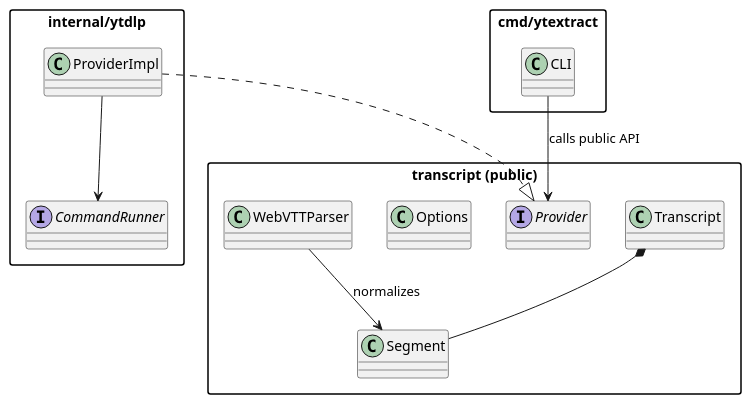
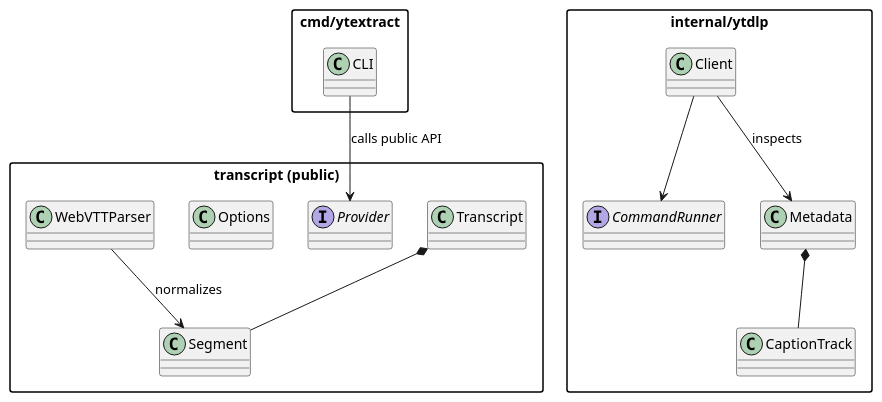
One commit to mpsanders/voxscripta changed the diagram in docs/uml/packages.puml. Above: the diagram before and after it, drawn with PlantUML. The commit also changed 12 other files, not shown here.

Commit message:
feat: implement yt-dlp client and metadata handling, add selection logic and tests

```diff
--- a/docs/uml/packages.puml
+++ b/docs/uml/packages.puml
@@ -1,26 +1,29 @@
 @startuml
 skinparam packageStyle rectangle
 
 package "transcript (public)" {
   class Transcript
   class Segment
   interface Provider
   class Options
   class WebVTTParser
 }
 
 package "internal/ytdlp" {
-  class ProviderImpl
+  class Client
   interface CommandRunner
+  class Metadata
+  class CaptionTrack
 }
 
 package "cmd/ytextract" {
   class CLI
 }
 
 CLI --> Provider : calls public API
-ProviderImpl ..|> Provider
-ProviderImpl --> CommandRunner
+Client --> CommandRunner
+Client --> Metadata : inspects
+Metadata *-- CaptionTrack
 Transcript *-- Segment
 WebVTTParser --> Segment : normalizes
 @enduml
```
